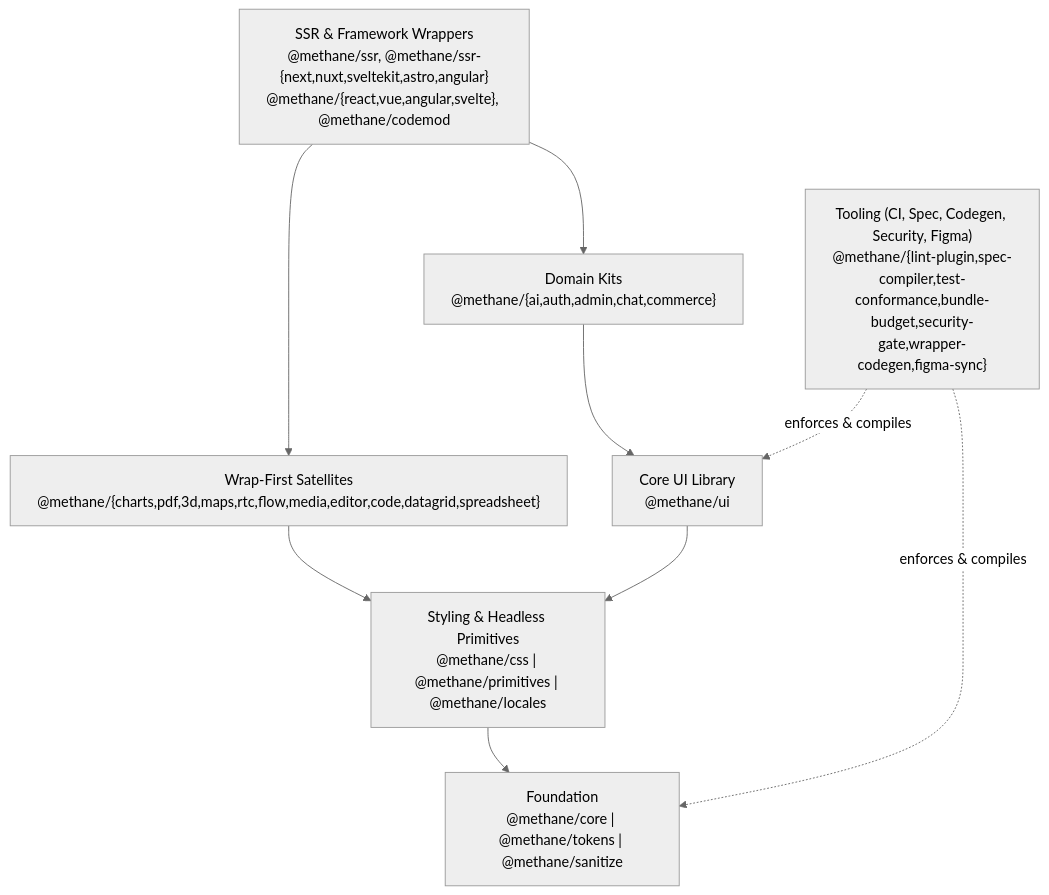
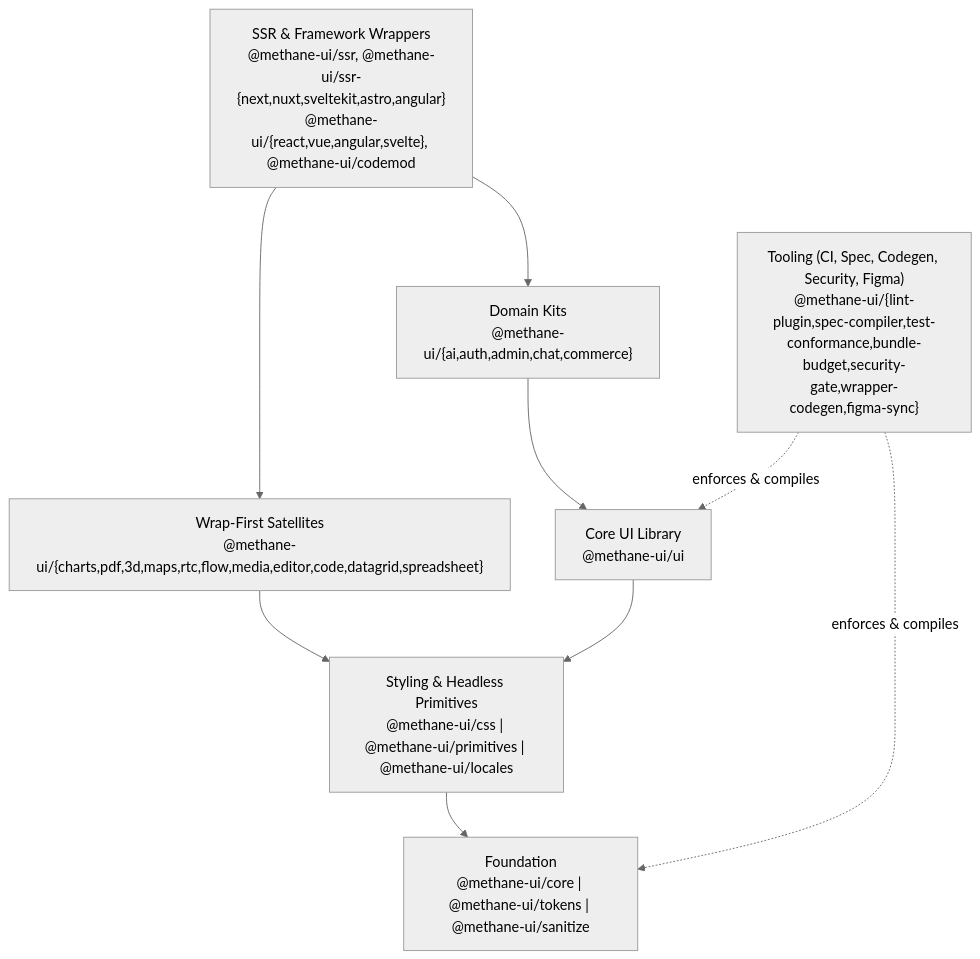
Before and after one commit to MehdiNosrati/methane: the diagram in README.md, drawn with Mermaid (neutral theme). The commit also changed other lines of this file and 1416 other files, not shown here.

````diff
--- a/README.md
+++ b/README.md
@@ -36,19 +36,19 @@
 ```mermaid
 flowchart TB
-  L3A["SSR & Framework Wrappers\n@methane/ssr, @methane/ssr-{next,nuxt,sveltekit,astro,angular}\n@methane/{react,vue,angular,svelte}, @methane/codemod"]
-  L3B["Wrap-First Satellites\n@methane/{charts,pdf,3d,maps,rtc,flow,media,editor,code,datagrid,spreadsheet}"]
-  L3K["Domain Kits\n@methane/{ai,auth,admin,chat,commerce}"]
-  L2["Core UI Library\n@methane/ui"]
-  L1["Styling & Headless Primitives\n@methane/css | @methane/primitives | @methane/locales"]
-  L0["Foundation\n@methane/core | @methane/tokens | @methane/sanitize"]
-  TL["Tooling (CI, Spec, Codegen, Security, Figma)\n@methane/{lint-plugin,spec-compiler,test-conformance,bundle-budget,security-gate,wrapper-codegen,figma-sync}"]
+  L3A["SSR & Framework Wrappers\n@methane-ui/ssr, @methane-ui/ssr-{next,nuxt,sveltekit,astro,angular}\n@methane-ui/{react,vue,angular,svelte}, @methane-ui/codemod"]
+  L3B["Wrap-First Satellites\n@methane-ui/{charts,pdf,3d,maps,rtc,flow,media,editor,code,datagrid,spreadsheet}"]
+  L3K["Domain Kits\n@methane-ui/{ai,auth,admin,chat,commerce}"]
+  L2["Core UI Library\n@methane-ui/ui"]
+  L1["Styling & Headless Primitives\n@methane-ui/css | @methane-ui/primitives | @methane-ui/locales"]
+  L0["Foundation\n@methane-ui/core | @methane-ui/tokens | @methane-ui/sanitize"]
+  TL["Tooling (CI, Spec, Codegen, Security, Figma)\n@methane-ui/{lint-plugin,spec-compiler,test-conformance,bundle-budget,security-gate,wrapper-codegen,figma-sync}"]
 
   L3A --> L3K
   L3A --> L3B
   L3K --> L2
   L3B --> L1
   L2 --> L1
   L1 --> L0
   TL -. enforces & compiles .-> L0
   TL -. enforces & compiles .-> L2
 ```
````
